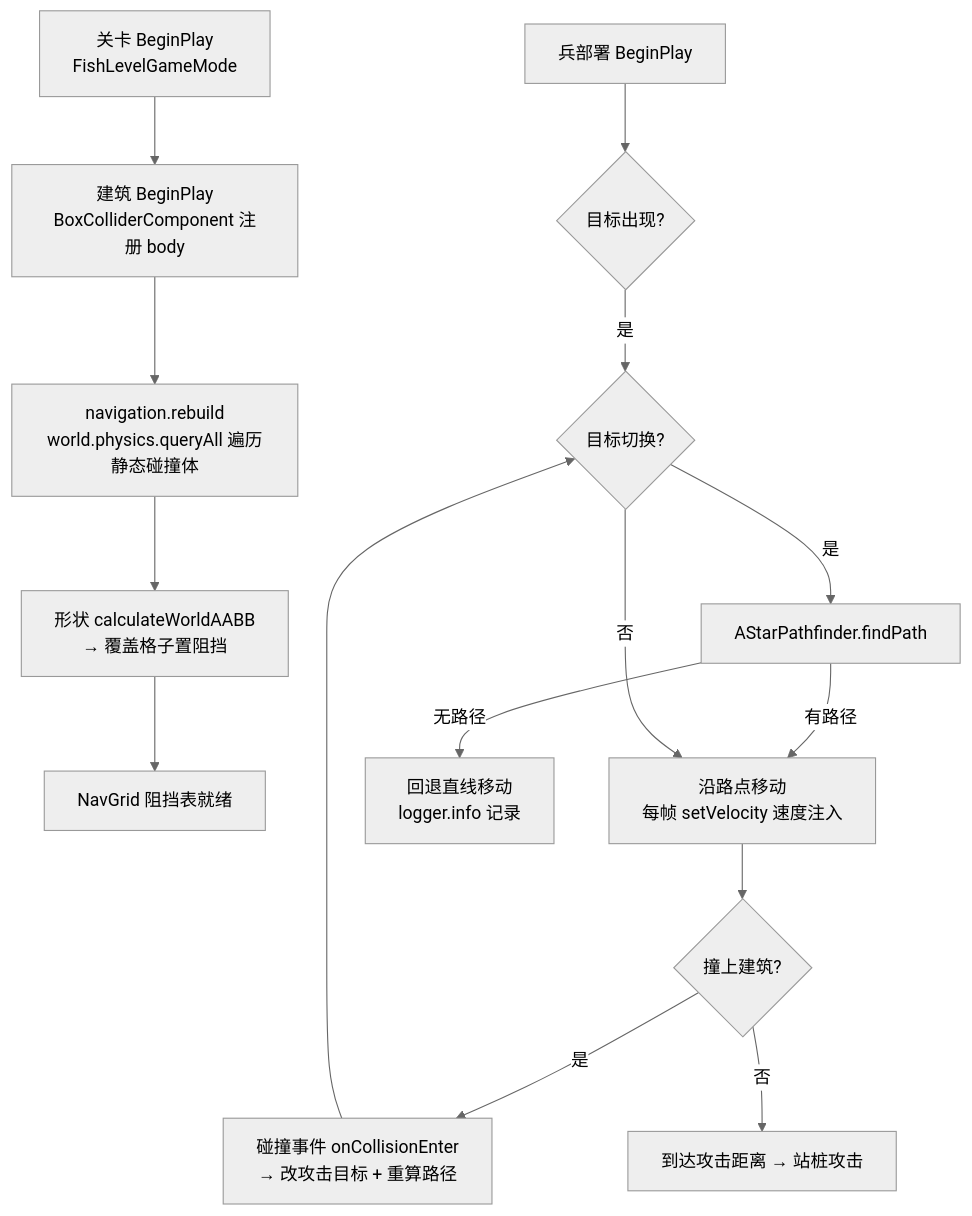
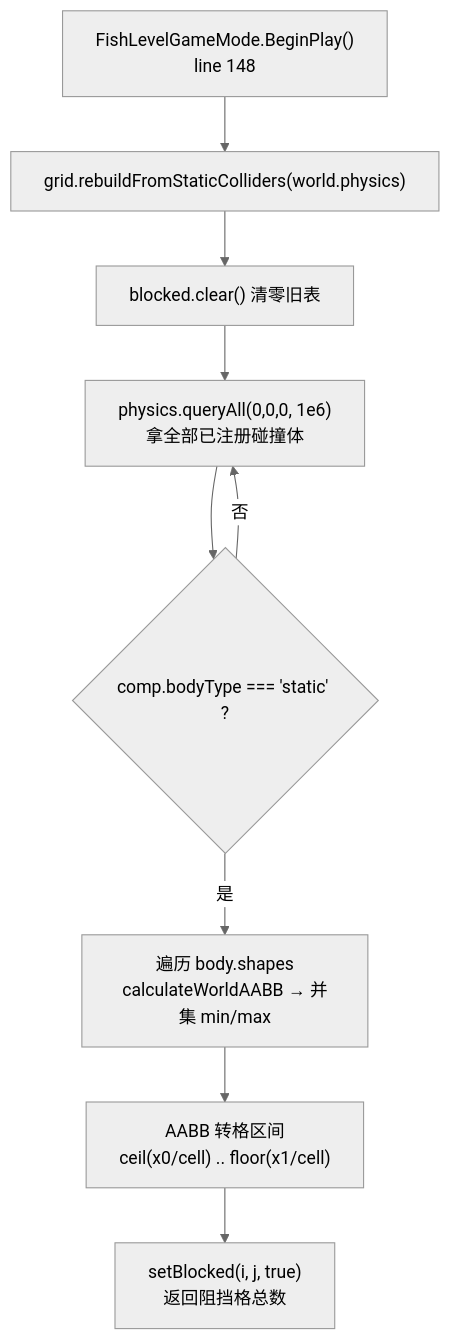
Before and after one commit to Kaplc/DemoStudio: the diagram in doc/engine/navigation_system.md, drawn with Mermaid (neutral theme). The commit also changed other lines of this file and 38 other files, not shown here.

````diff
--- a/doc/engine/navigation_system.md
+++ b/doc/engine/navigation_system.md
@@ -47,18 +39,11 @@
 ```mermaid
 flowchart TD
-    A[关卡 BeginPlay<br/>FishLevelGameMode] --> B[建筑 BeginPlay<br/>BoxColliderComponent 注册 body]
-    B --> C[navigation.rebuild<br/>world.physics.queryAll 遍历静态碰撞体]
-    C --> D[形状 calculateWorldAABB<br/>→ 覆盖格子置阻挡]
-    D --> E[NavGrid 阻挡表就绪]
-
-    F[兵部署 BeginPlay] --> G{目标出现?}
-    G -->|是| H{目标切换?}
-    H -->|是| I[AStarPathfinder.findPath]
-    I -->|有路径| J[沿路点移动<br/>每帧 setVelocity 速度注入]
-    I -->|无路径| K[回退直线移动<br/>logger.info 记录]
-    H -->|否| J
-    J --> L{撞上建筑?}
-    L -->|是| M[碰撞事件 onCollisionEnter<br/>→ 改攻击目标 + 重算路径]
-    L -->|否| N[到达攻击距离 → 站桩攻击]
-    M --> H
+    A["FishLevelGameMode.BeginPlay()<br/>line 148"] --> B["grid.rebuildFromStaticColliders(world.physics)"]
+    B --> C["blocked.clear() 清零旧表"]
+    C --> D["physics.queryAll(0,0,0, 1e6)<br/>拿全部已注册碰撞体"]
+    D --> E{"comp.bodyType === 'static' ?"}
+    E -->|否| D
+    E -->|是| F["遍历 body.shapes<br/>calculateWorldAABB → 并集 min/max"]
+    F --> G["AABB 转格区间<br/>ceil(x0/cell) .. floor(x1/cell)"]
+    G --> H["setBlocked(i, j, true)<br/>返回阻挡格总数"]
 ```
````
